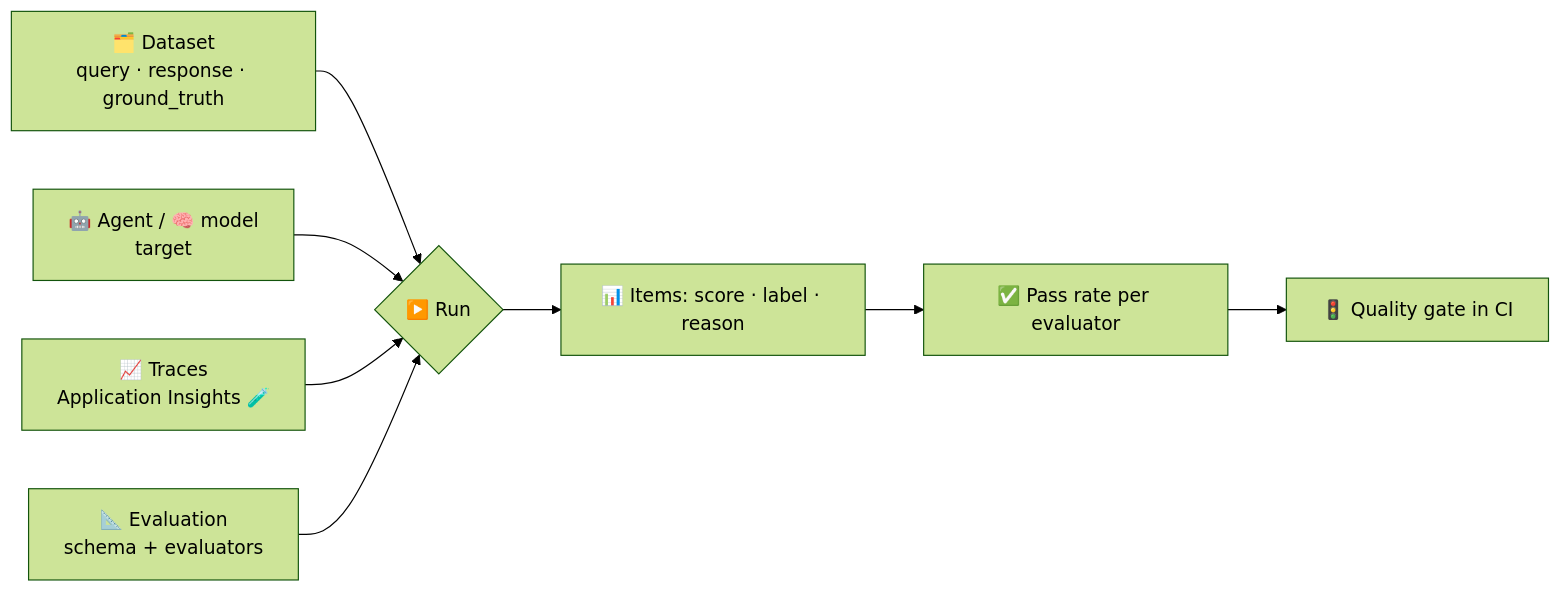
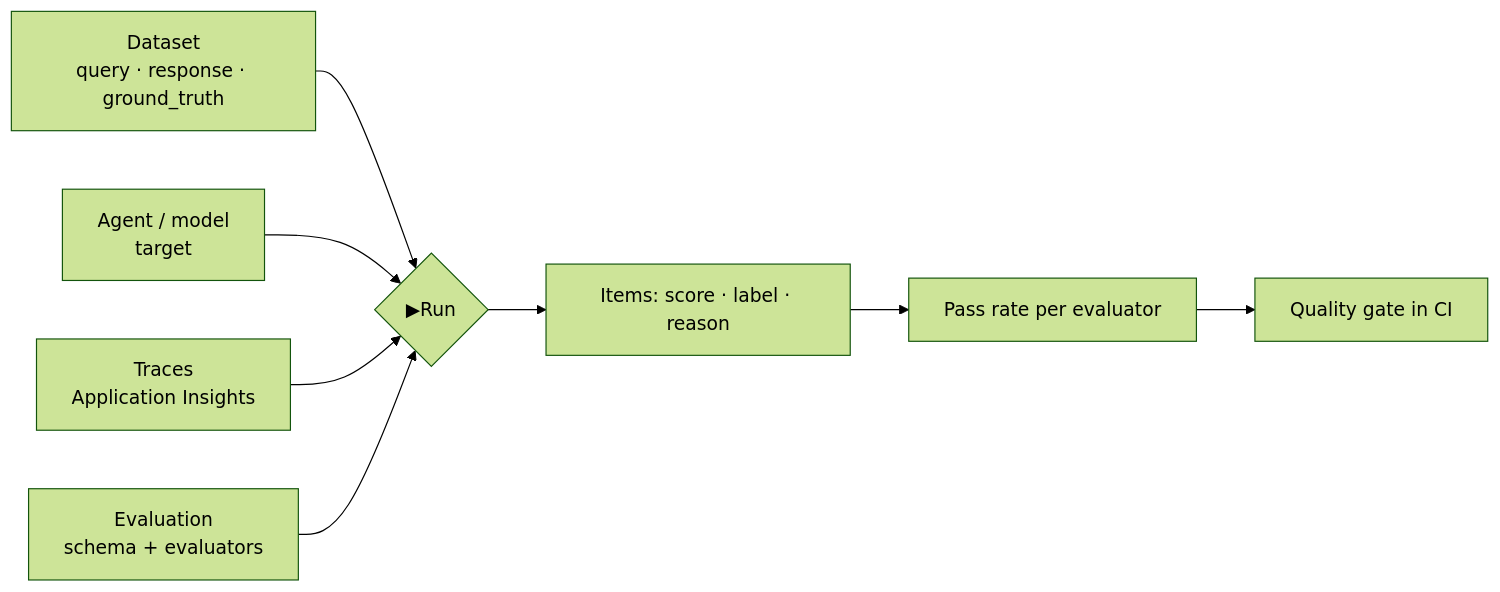
Before and after one commit to nampacx/MS-Foundry-from-0-to-hero: the diagram in docs/datasets-evals.md, drawn with Mermaid (forest theme). The commit also changed other lines of this file and 37 other files, not shown here.

````diff
--- a/docs/datasets-evals.md
+++ b/docs/datasets-evals.md
@@ -18,10 +18,10 @@
 ```mermaid
 flowchart LR
-  D[🗂️ Dataset<br/>query · response · ground_truth] --> R
-  AG[🤖 Agent / 🧠 model<br/>target] --> R
-  TR[📈 Traces<br/>Application Insights 🧪] --> R
-  E[📐 Evaluation<br/>schema + evaluators] --> R{▶️ Run}
-  R --> S[📊 Items: score · label · reason]
-  S --> P[✅ Pass rate per evaluator]
-  P --> G[🚦 Quality gate in CI]
+  D[Dataset<br/>query · response · ground_truth] --> R
+  AG[Agent / model<br/>target] --> R
+  TR[Traces<br/>Application Insights] --> R
+  E[Evaluation<br/>schema + evaluators] --> R{▶Run}
+  R --> S[Items: score · label · reason]
+  S --> P[Pass rate per evaluator]
+  P --> G[Quality gate in CI]
 ```
````
